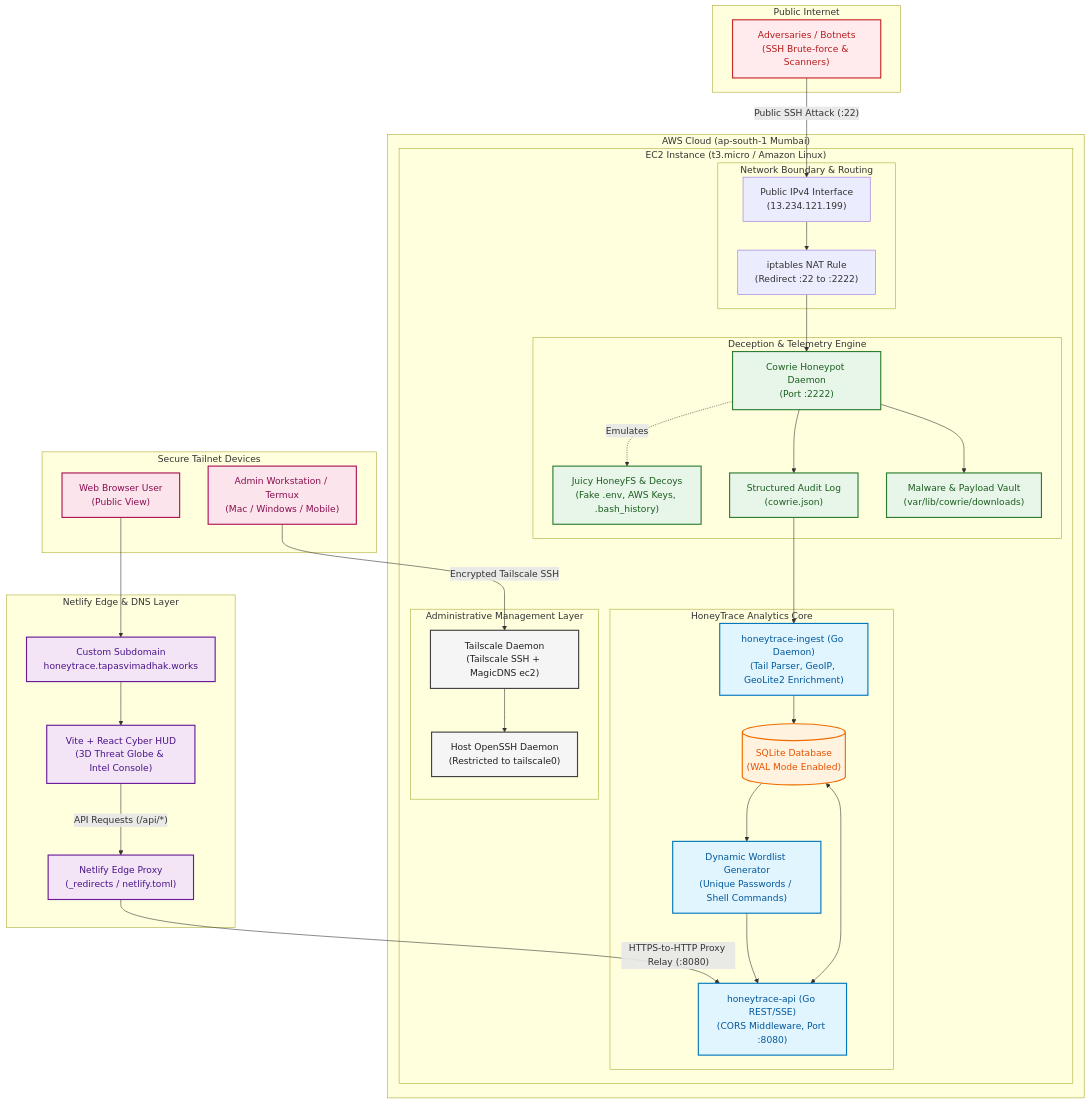
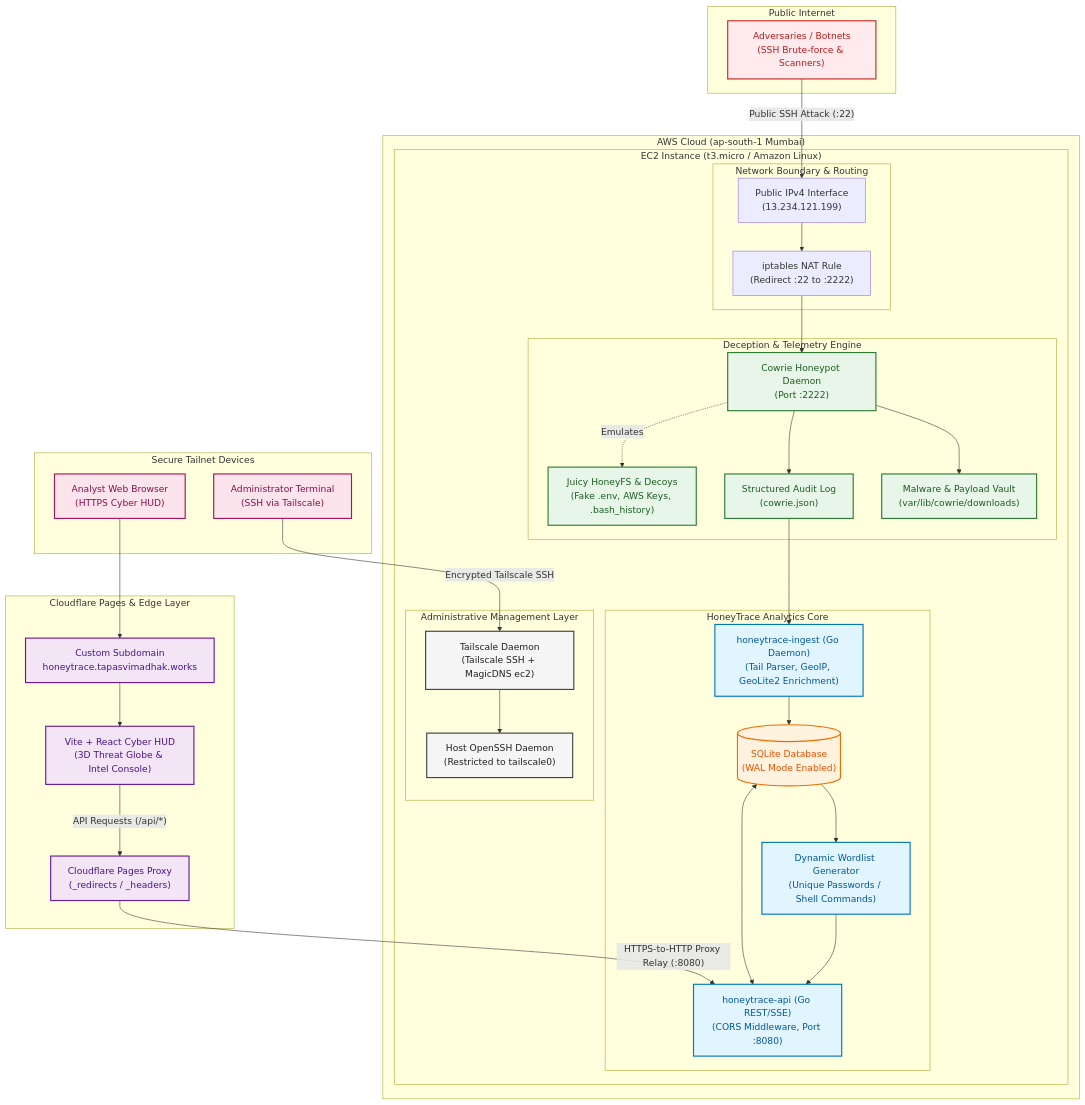
Before and after one commit to TapasviMadhak/HoneyTrace: the diagram in README.md, drawn with Mermaid. The commit also changed other lines of this file and 5 other files, not shown here.

First line of the commit message:
chore(deploy): migrate from Netlify to Cloudflare Pages for unlimited free builds and bandwidth

```diff
--- a/README.md
+++ b/README.md
@@ -13,10 +13,10 @@
  subgraph WAN["Public Internet"]
         A["Adversaries / Botnets<br>(SSH Brute-force &amp; Scanners)"]
   end
- subgraph NETLIFY["Netlify Edge & DNS Layer"]
+ subgraph CF_PAGES["Cloudflare Pages &amp; Edge Layer"]
         DNS["Custom Subdomain<br>honeytrace.tapasvimadhak.works"]
         SPA["Vite + React Cyber HUD<br>(3D Threat Globe &amp; Intel Console)"]
-        PROXY["Netlify Edge Proxy<br>(_redirects / netlify.toml)"]
+        PROXY["Cloudflare Pages Proxy<br>(_redirects / _headers)"]
   end
  subgraph INGRESS["Network Boundary &amp; Routing"]
         PUB_IP["Public IPv4 Interface<br>(13.234.121.199)"]
@@ -48,25 +48,26 @@
         EC2
   end
  subgraph ADMIN_CLIENTS["Secure Tailnet Devices"]
-        ADMIN["Admin Workstation / Termux<br>(Mac / Windows / Mobile)"]
-        BROWSER["Web Browser User<br>(Public View)"]
+        BROWSER["Analyst Web Browser<br>(HTTPS Cyber HUD)"]
+        ADMIN_LAPTOP["Administrator Terminal<br>(SSH via Tailscale)"]
   end
-    DNS --> SPA
-    SPA -- API Requests (/api/*) --> PROXY
+    A -->|"Public SSH Attack (:22)"| PUB_IP
     PUB_IP --> IPTABLES
     IPTABLES --> COWRIE
-    COWRIE -. Emulates .-> HONEYFS
-    COWRIE --> JSONLOG & DOWNLOADS
+    COWRIE -.->|"Emulates"| HONEYFS
+    COWRIE --> JSONLOG
+    COWRIE --> DOWNLOADS
     JSONLOG --> INGEST
     INGEST --> SQLITE
     SQLITE <--> API
     SQLITE --> WORDLIST
     WORDLIST --> API
+    BROWSER --> DNS
+    DNS --> SPA
+    SPA -->|"API Requests (/api/*)"| PROXY
+    PROXY -->|"HTTPS-to-HTTP Proxy Relay (:8080)"| API
+    ADMIN_LAPTOP -->|"Encrypted Tailscale SSH"| TS_DAEMON
     TS_DAEMON --> REAL_SSHD
-    A -- Public SSH Attack (:22) --> PUB_IP
-    PROXY -- "HTTPS-to-HTTP Proxy Relay (:8080)" --> API
-    BROWSER --> DNS
-    ADMIN -- Encrypted Tailscale SSH --> TS_DAEMON
 
      A:::attacker
      DNS:::edge
@@ -82,8 +83,8 @@
      WORDLIST:::core
      TS_DAEMON:::vpn
      REAL_SSHD:::vpn
-     ADMIN:::client
      BROWSER:::client
+     ADMIN_LAPTOP:::client
     classDef attacker fill:#ffebee,stroke:#c62828,stroke-width:2px,color:#b71c1c
     classDef edge fill:#f3e5f5,stroke:#6a1b9a,stroke-width:2px,color:#4a148c
     classDef host fill:#e8f5e9,stroke:#2e7d32,stroke-width:2px,color:#1b5e20
```
